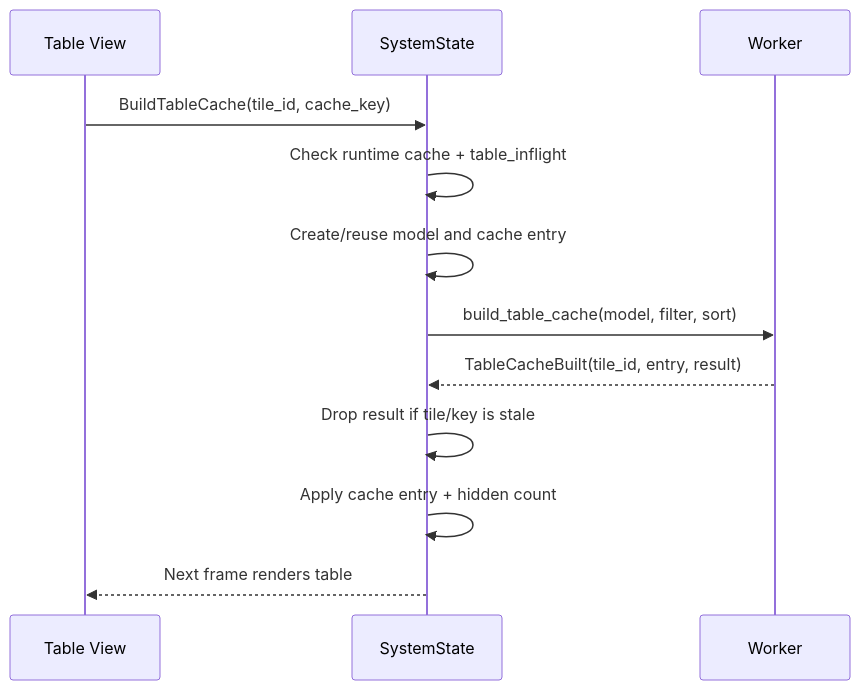
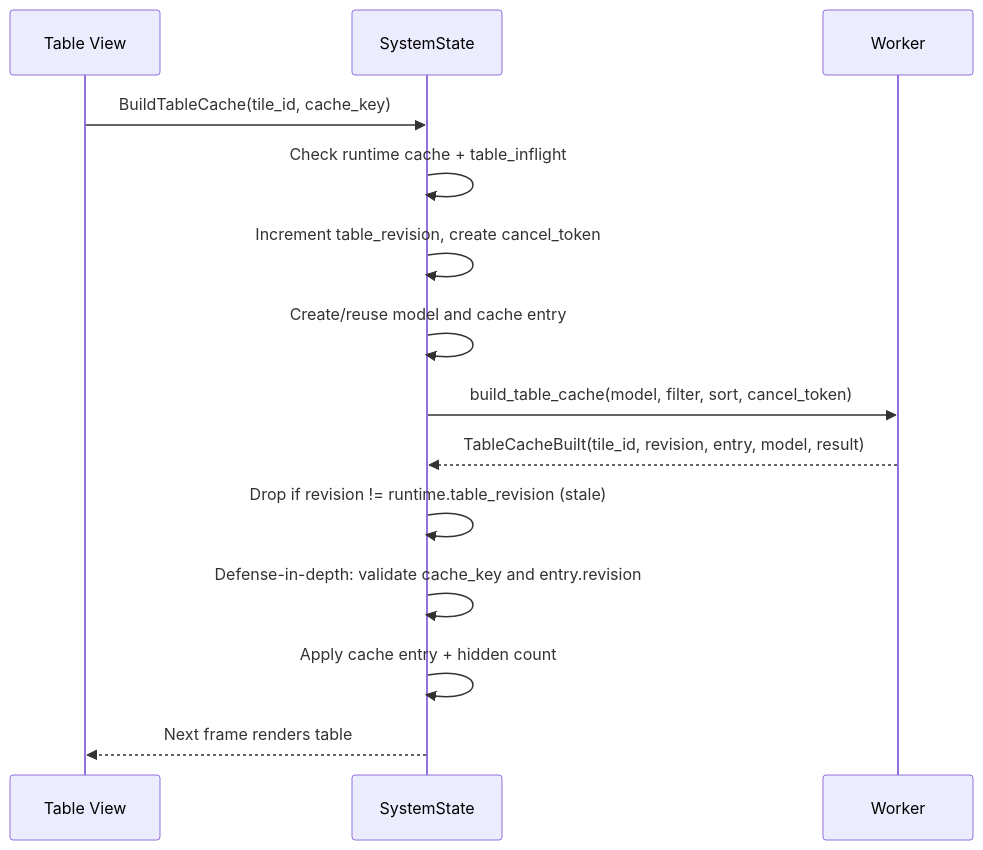
The second of 3 diagrams in TableWidget.md (ripopov/surfer), drawn with Mermaid before and after one commit. The commit also changed other lines of this file and 12 other files, not shown here.

````diff
--- a/TableWidget.md
+++ b/TableWidget.md
@@ -151,15 +156,17 @@
 ```mermaid
 sequenceDiagram
     participant V as Table View
     participant S as SystemState
     participant W as Worker
 
     V->>S: BuildTableCache(tile_id, cache_key)
     S->>S: Check runtime cache + table_inflight
+    S->>S: Increment table_revision, create cancel_token
     S->>S: Create/reuse model and cache entry
-    S->>W: build_table_cache(model, filter, sort)
-    W-->>S: TableCacheBuilt(tile_id, entry, result)
-    S->>S: Drop result if tile/key is stale
+    S->>W: build_table_cache(model, filter, sort, cancel_token)
+    W-->>S: TableCacheBuilt(tile_id, revision, entry, model, result)
+    S->>S: Drop if revision != runtime.table_revision (stale)
+    S->>S: Defense-in-depth: validate cache_key and entry.revision
     S->>S: Apply cache entry + hidden count
     S-->>V: Next frame renders table
 ```
````
